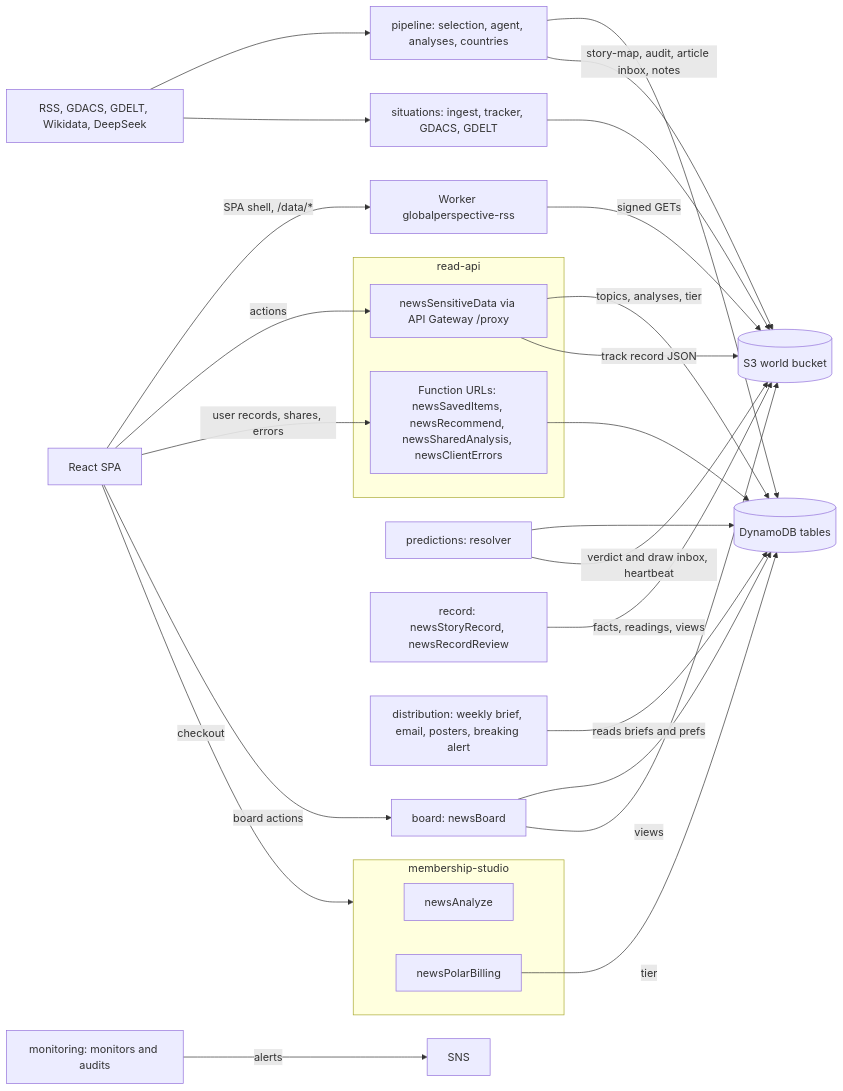
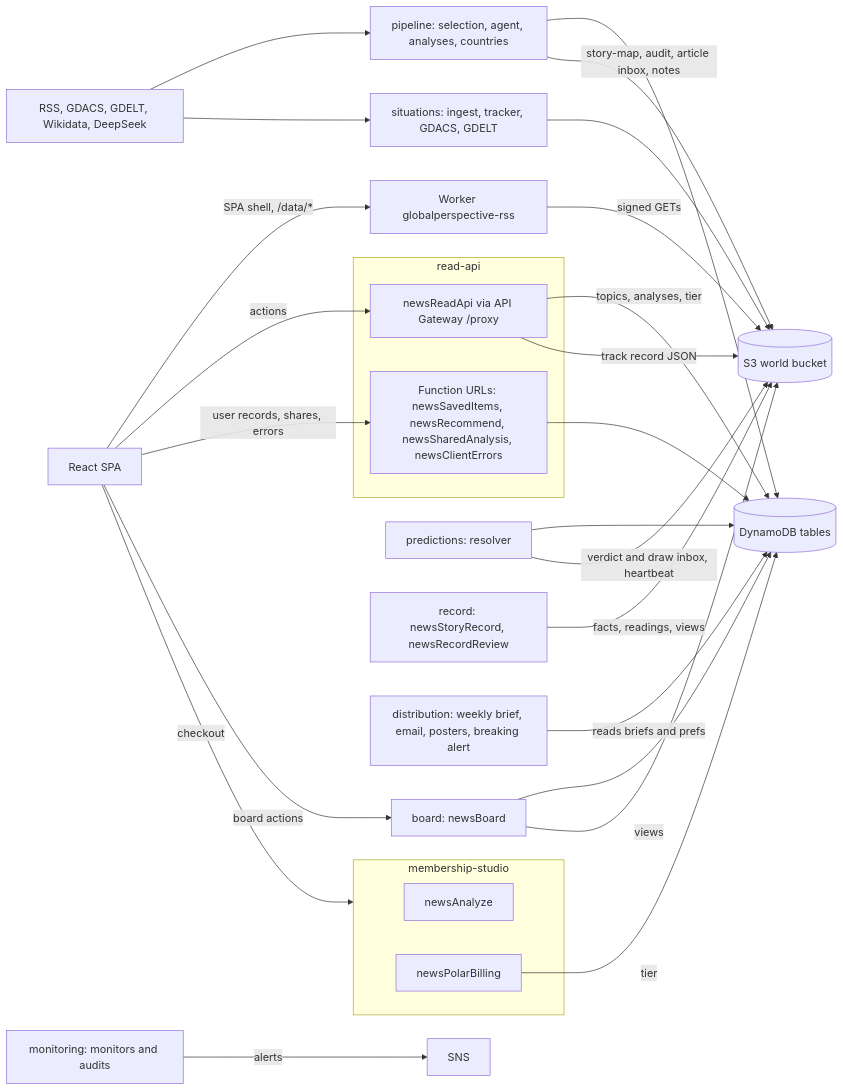
The second of 7 diagrams in project-docs/architecture/ARCHITECTURE.md (BenBen05059997/globalPerspective-v1), drawn with Mermaid before and after one commit. The commit also changed other lines of this file and 8 other files, not shown here.

First line of the commit message:
Docs: deployed function names, archive-read flags and the forecast loop summary in the architecture docs and group READMEs

````diff
--- a/project-docs/architecture/ARCHITECTURE.md
+++ b/project-docs/architecture/ARCHITECTURE.md
@@ -53,45 +53,45 @@
 ```mermaid
 flowchart LR
   spa[React SPA]
   worker[Worker globalperspective-rss]
   subgraph read[read-api]
-    proxy[newsSensitiveData via API Gateway /proxy]
+    proxy[newsReadApi via API Gateway /proxy]
     fn[Function URLs: newsSavedItems, newsRecommend, newsSharedAnalysis, newsClientErrors]
   end
   board[board: newsBoard]
   subgraph member[membership-studio]
     ana[newsAnalyze]
     bill[newsPolarBilling]
   end
   pipe[pipeline: selection, agent, analyses, countries]
   sit[situations: ingest, tracker, GDACS, GDELT]
   pred[predictions: resolver]
   rec[record: newsStoryRecord, newsRecordReview]
   dist[distribution: weekly brief, email, posters, breaking alert]
   mon[monitoring: monitors and audits]
   ddb[(DynamoDB tables)]
   s3[(S3 world bucket)]
   ext[RSS, GDACS, GDELT, Wikidata, DeepSeek]
   spa -->|SPA shell, /data/*| worker
   worker -->|signed GETs| s3
   spa -->|actions| proxy
   spa -->|user records, shares, errors| fn
   spa -->|board actions| board
   spa -->|checkout| member
   proxy -->|topics, analyses, tier| ddb
   proxy -->|track record JSON| s3
   fn --> ddb
   board --> ddb
   board -->|views| s3
   bill -->|tier| ddb
   ext --> pipe
   ext --> sit
   pipe --> ddb
   pipe -->|story-map, audit, article inbox, notes| s3
   sit --> s3
   pred --> ddb
   pred -->|verdict and draw inbox, heartbeat| s3
   rec -->|facts, readings, views| s3
   dist -->|reads briefs and prefs| ddb
   mon -->|alerts| sns[SNS]
 ```
````
